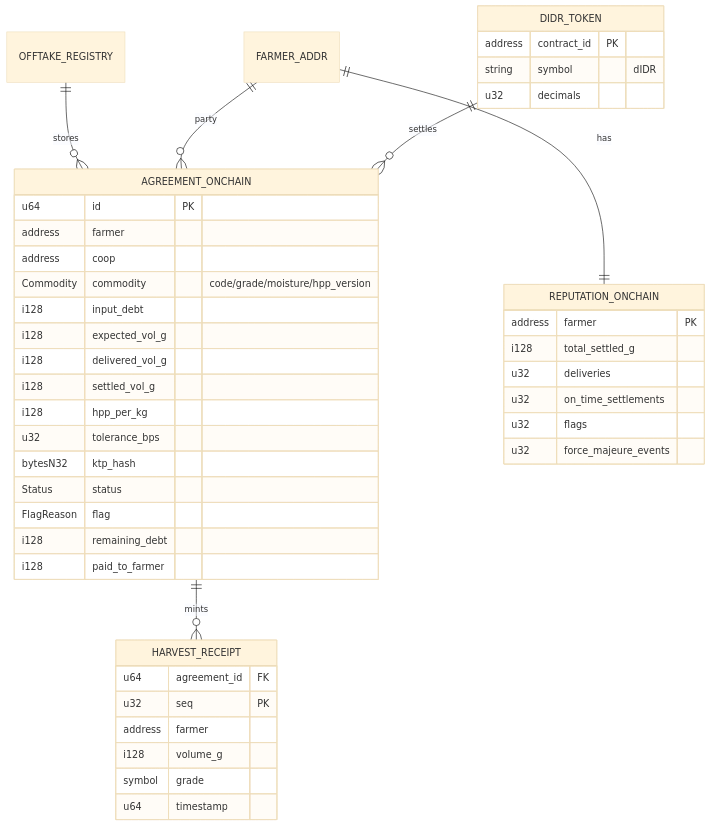
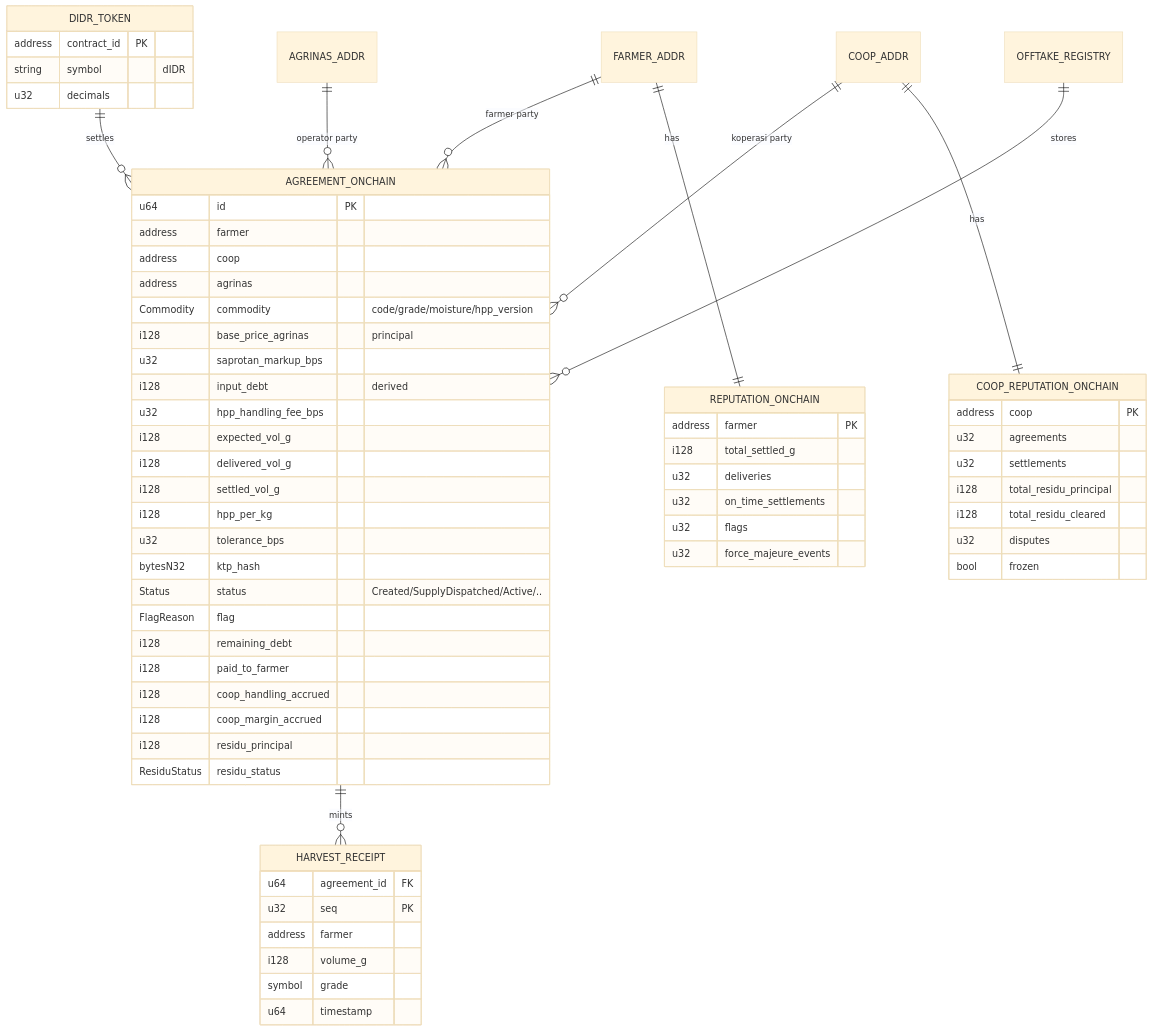
One commit to Agricultural-Settlement-Protocol/Annona changed the second of 2 diagrams in docs/technical/ERD.md. Above: the diagram before and after it, drawn with Mermaid (base theme). The commit also changed other lines of this file and 7 other files, not shown here.

````diff
--- a/docs/technical/ERD.md
+++ b/docs/technical/ERD.md
@@ -149,50 +205,71 @@
 ```mermaid
 erDiagram
     OFFTAKE_REGISTRY ||--o{ AGREEMENT_ONCHAIN : stores
     AGREEMENT_ONCHAIN ||--o{ HARVEST_RECEIPT : mints
     FARMER_ADDR ||--|| REPUTATION_ONCHAIN : has
-    FARMER_ADDR ||--o{ AGREEMENT_ONCHAIN : party
+    COOP_ADDR ||--|| COOP_REPUTATION_ONCHAIN : has
+    AGRINAS_ADDR ||--o{ AGREEMENT_ONCHAIN : "operator party"
+    COOP_ADDR ||--o{ AGREEMENT_ONCHAIN : "koperasi party"
+    FARMER_ADDR ||--o{ AGREEMENT_ONCHAIN : "farmer party"
     DIDR_TOKEN ||--o{ AGREEMENT_ONCHAIN : settles
 
     AGREEMENT_ONCHAIN {
         u64 id PK
         address farmer
         address coop
+        address agrinas
         Commodity commodity "code/grade/moisture/hpp_version"
-        i128 input_debt
+        i128 base_price_agrinas "principal"
+        u32 saprotan_markup_bps
+        i128 input_debt "derived"
+        u32 hpp_handling_fee_bps
         i128 expected_vol_g
         i128 delivered_vol_g
         i128 settled_vol_g
         i128 hpp_per_kg
         u32 tolerance_bps
         bytesN32 ktp_hash
-        Status status
+        Status status "Created/SupplyDispatched/Active/.."
         FlagReason flag
         i128 remaining_debt
         i128 paid_to_farmer
+        i128 coop_handling_accrued
+        i128 coop_margin_accrued
+        i128 residu_principal
+        ResiduStatus residu_status
     }
 
     HARVEST_RECEIPT {
         u64 agreement_id FK
         u32 seq PK
         address farmer
         i128 volume_g
         symbol grade
         u64 timestamp
     }
 
     REPUTATION_ONCHAIN {
         address farmer PK
         i128 total_settled_g
         u32 deliveries
         u32 on_time_settlements
         u32 flags
         u32 force_majeure_events
     }
 
+    COOP_REPUTATION_ONCHAIN {
+        address coop PK
+        u32 agreements
+        u32 settlements
+        i128 total_residu_principal
+        i128 total_residu_cleared
+        u32 disputes
+        bool frozen
+    }
+
     DIDR_TOKEN {
         address contract_id PK
         string symbol "dIDR"
         u32 decimals
     }
 ```
````
